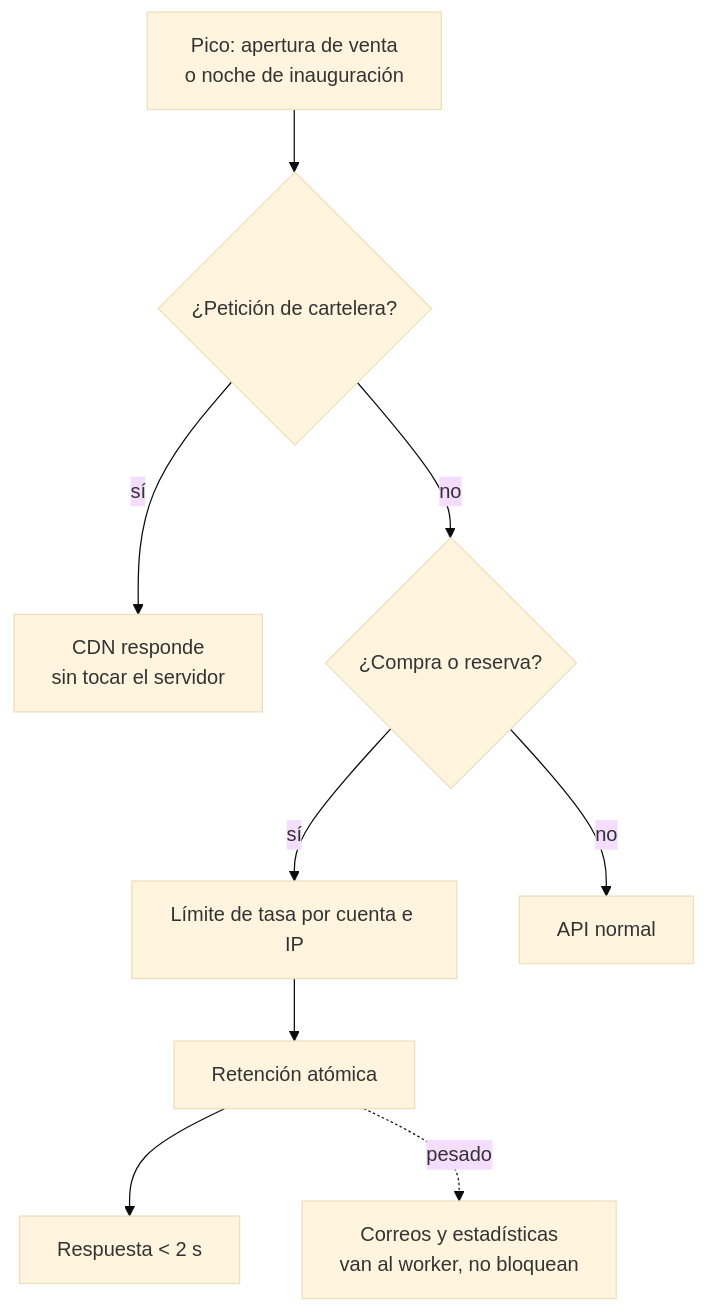
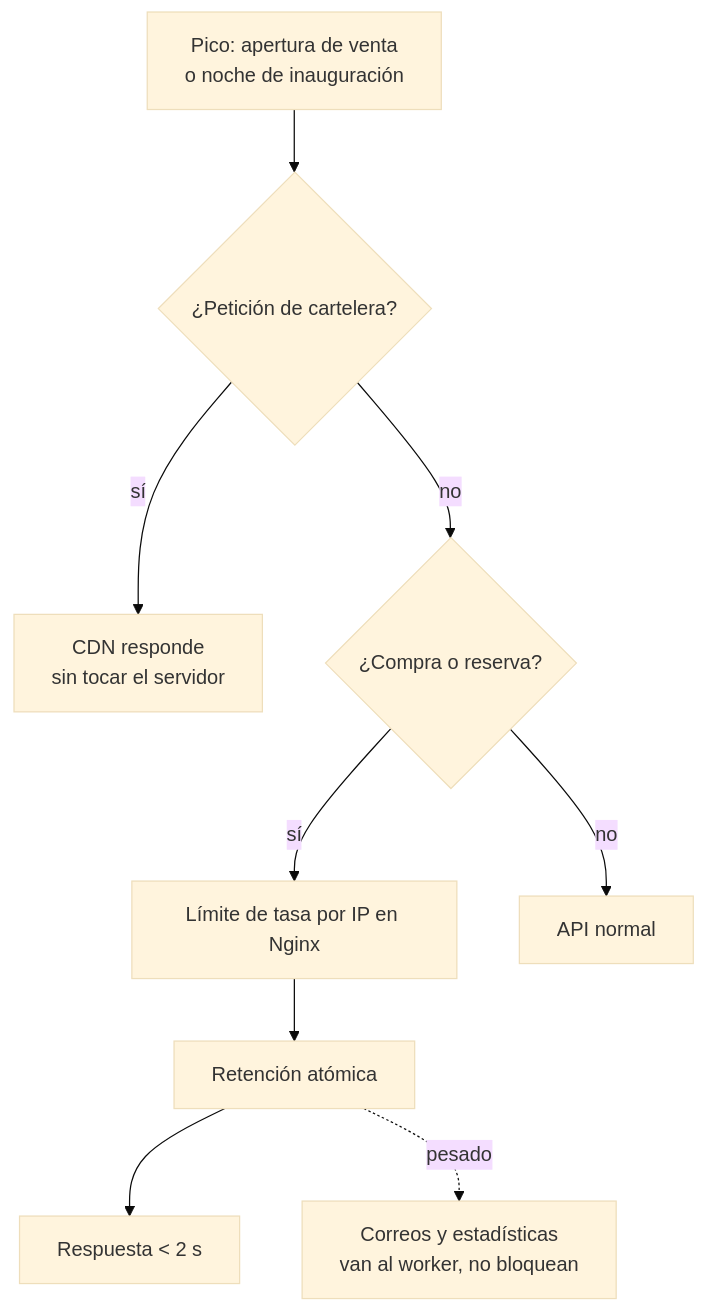
The ninth of 9 diagrams in docs/arquitectura/03-vista-procesos.md (Kevrc/festival-artes-vivas-loja), drawn with Mermaid (base theme) before and after one commit. The commit also changed other lines of this file and 5 other files, not shown here.

````diff
--- a/docs/arquitectura/03-vista-procesos.md
+++ b/docs/arquitectura/03-vista-procesos.md
@@ -222,9 +218,9 @@
 ```mermaid
 flowchart TB
     PICO["Pico: apertura de venta<br/>o noche de inauguración"] --> C1{"¿Petición de cartelera?"}
     C1 -- sí --> CDN["CDN responde<br/>sin tocar el servidor"]
     C1 -- no --> C2{"¿Compra o reserva?"}
-    C2 -- sí --> LIM["Límite de tasa por cuenta e IP"] --> ATOM["Retención atómica"] --> OK["Respuesta < 2 s"]
+    C2 -- sí --> LIM["Límite de tasa por IP en Nginx"] --> ATOM["Retención atómica"] --> OK["Respuesta < 2 s"]
     C2 -- no --> API["API normal"]
     ATOM -. pesado .-> WK["Correos y estadísticas<br/>van al worker, no bloquean"]
 ```
````
